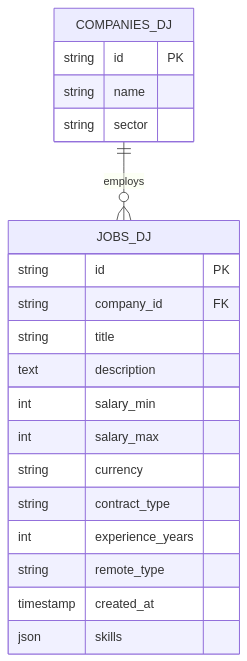
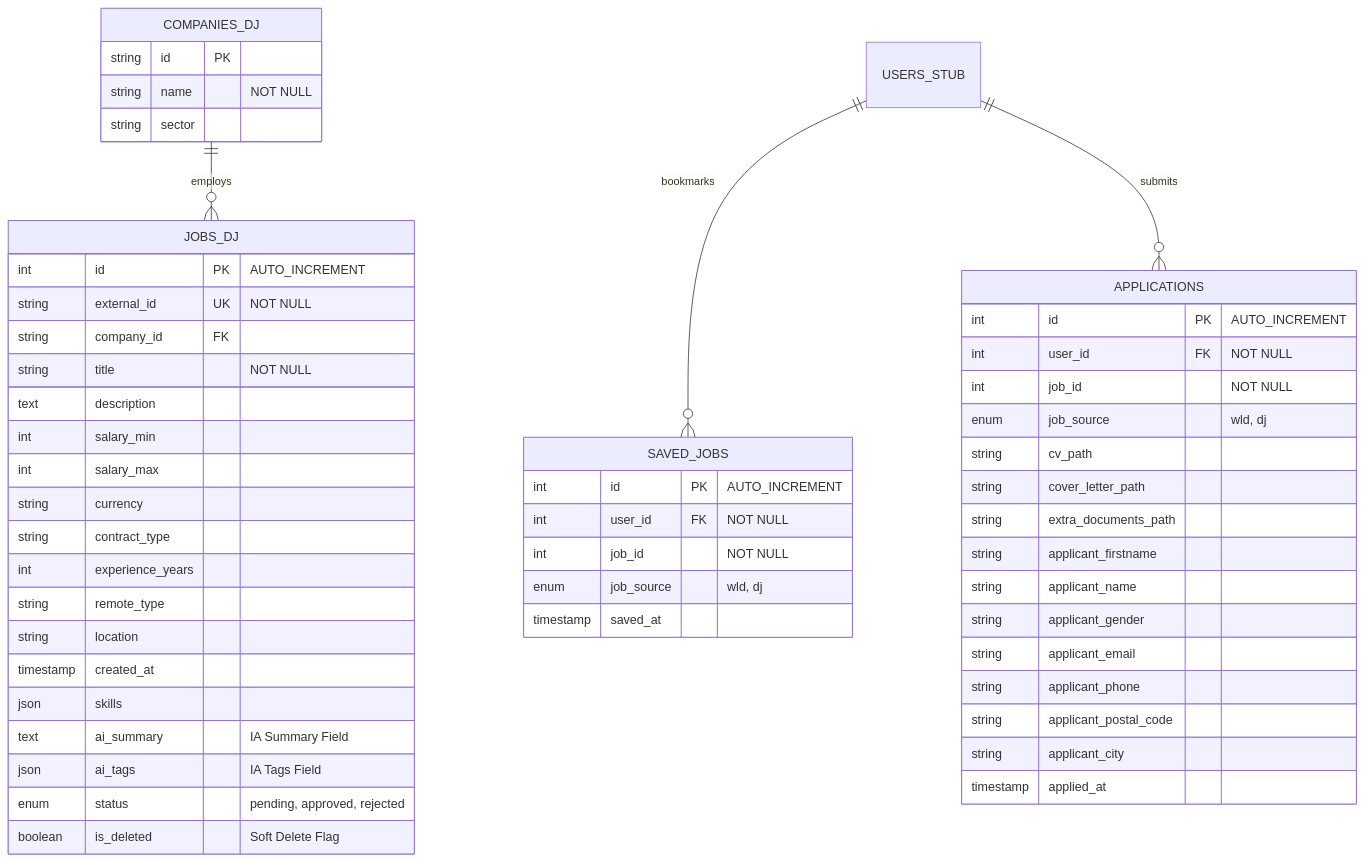
One commit to MeghCH/Job-Aggregator-DevJob changed the third of 3 diagrams in Docs/init.md. Above: the diagram before and after it, drawn with Mermaid. The commit also changed other lines of this file and 7 other files, not shown here.

````diff
--- a/Docs/init.md
+++ b/Docs/init.md
@@ -40,25 +98,60 @@
-```mermaid
+``` mermaid
 erDiagram
-    COMPANIES_DJ ||--o{ JOBS_DJ : "employs"
-    
+    COMPANIES_DJ  ||--o{ JOBS_DJ  : "employs"
+    USERS_STUB    ||--o{ SAVED_JOBS : "bookmarks"
+    USERS_STUB    ||--o{ APPLICATIONS : "submits"
+
     COMPANIES_DJ {
         string id PK
-        string name
+        string name "NOT NULL"
         string sector
     }
 
     JOBS_DJ {
-        string id PK
+        int id PK "AUTO_INCREMENT"
+        string external_id UK "NOT NULL"
         string company_id FK
-        string title
+        string title "NOT NULL"
         text description
         int salary_min
         int salary_max
         string currency
         string contract_type
         int experience_years
         string remote_type
+        string location
         timestamp created_at
         json skills
+        text ai_summary "IA Summary Field"
+        json ai_tags "IA Tags Field"
+        enum status "pending, approved, rejected"
+        boolean is_deleted "Soft Delete Flag"
     }
-```
+
+    SAVED_JOBS {
+        int id PK "AUTO_INCREMENT"
+        int user_id FK "NOT NULL"
+        int job_id "NOT NULL"
+        enum job_source "wld, dj"
+        timestamp saved_at
+    }
+
+    APPLICATIONS {
+        int id PK "AUTO_INCREMENT"
+        int user_id FK "NOT NULL"
+        int job_id "NOT NULL"
+        enum job_source "wld, dj"
+        string cv_path
+        string cover_letter_path
+        string extra_documents_path
+        string applicant_firstname
+        string applicant_name
+        string applicant_gender
+        string applicant_email
+        string applicant_phone
+        string applicant_postal_code
+        string applicant_city
+        timestamp applied_at
+    }
+
+``` 
````
